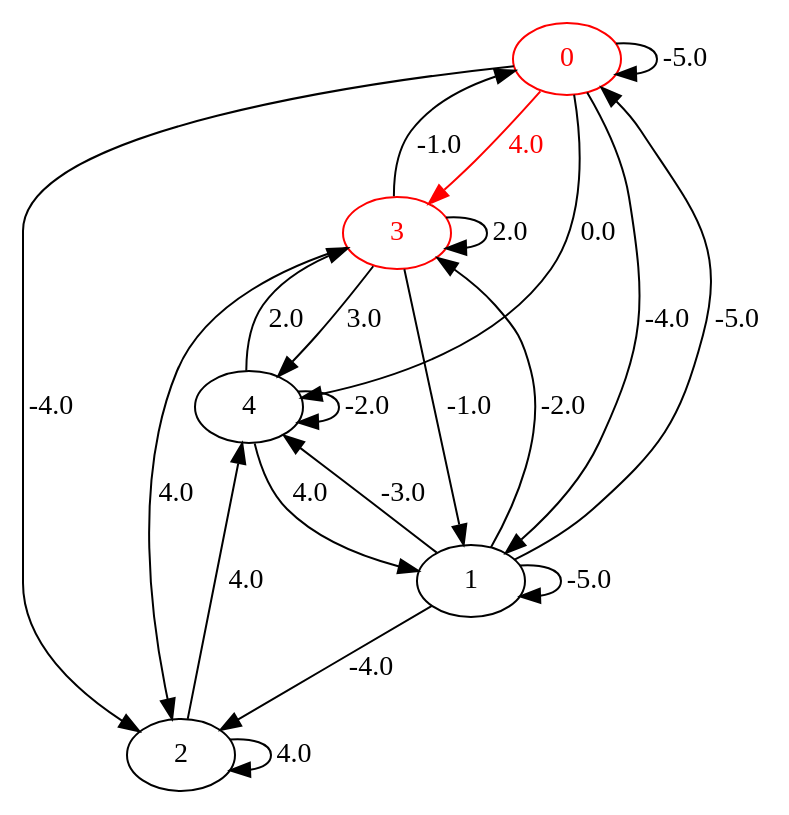
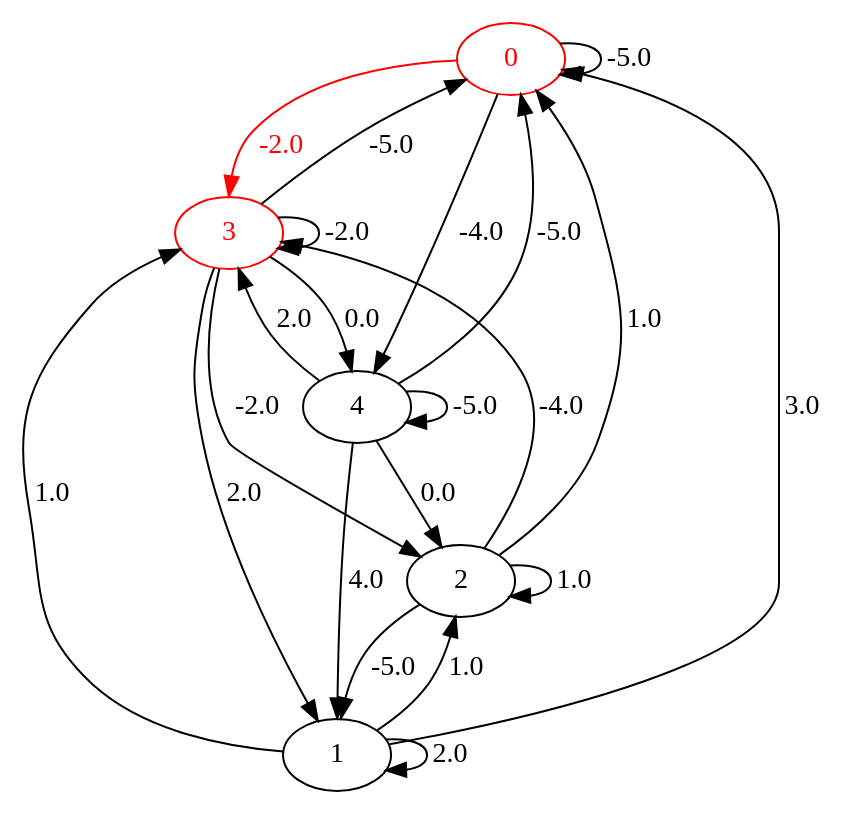
Before and after one commit to Valba31/S2.02: the diagram in output/graphviz_output.gv, drawn with Graphviz. The commit also changed 5 other files, not shown here.

Commit message:
Refactor bellman_ford function for clarity; improve variable naming and comments; enhance error handling in matrix_to_graph function; update graphviz output with correct edge weights and paths

```diff
--- a/output/graphviz_output.gv
+++ b/output/graphviz_output.gv
@@ -1,26 +1,27 @@
 strict digraph {
 	node [color=red fontcolor=red]
 	0
-	0 -> 3 [label=4.0 color=red fontcolor=red]
+	0 -> 3 [label=-2.0 color=red fontcolor=red]
 	3
 	node [color=black fontcolor=black]
 	0 -> 0 [label=-5.0]
-	0 -> 1 [label=-4.0]
-	0 -> 2 [label=-4.0]
-	0 -> 4 [label=0.0]
-	1 -> 0 [label=-5.0]
-	1 -> 1 [label=-5.0]
-	1 -> 2 [label=-4.0]
-	1 -> 3 [label=-2.0]
-	1 -> 4 [label=-3.0]
-	2 -> 2 [label=4.0]
-	2 -> 4 [label=4.0]
-	3 -> 0 [label=-1.0]
-	3 -> 1 [label=-1.0]
-	3 -> 2 [label=4.0]
-	3 -> 3 [label=2.0]
-	3 -> 4 [label=3.0]
+	0 -> 4 [label=-4.0]
+	1 -> 0 [label=3.0]
+	1 -> 1 [label=2.0]
+	1 -> 2 [label=1.0]
+	1 -> 3 [label=1.0]
+	2 -> 0 [label=1.0]
+	2 -> 1 [label=-5.0]
+	2 -> 2 [label=1.0]
+	2 -> 3 [label=-4.0]
+	3 -> 0 [label=-5.0]
+	3 -> 1 [label=2.0]
+	3 -> 2 [label=-2.0]
+	3 -> 3 [label=-2.0]
+	3 -> 4 [label=0.0]
+	4 -> 0 [label=-5.0]
 	4 -> 1 [label=4.0]
+	4 -> 2 [label=0.0]
 	4 -> 3 [label=2.0]
-	4 -> 4 [label=-2.0]
+	4 -> 4 [label=-5.0]
 }
```
